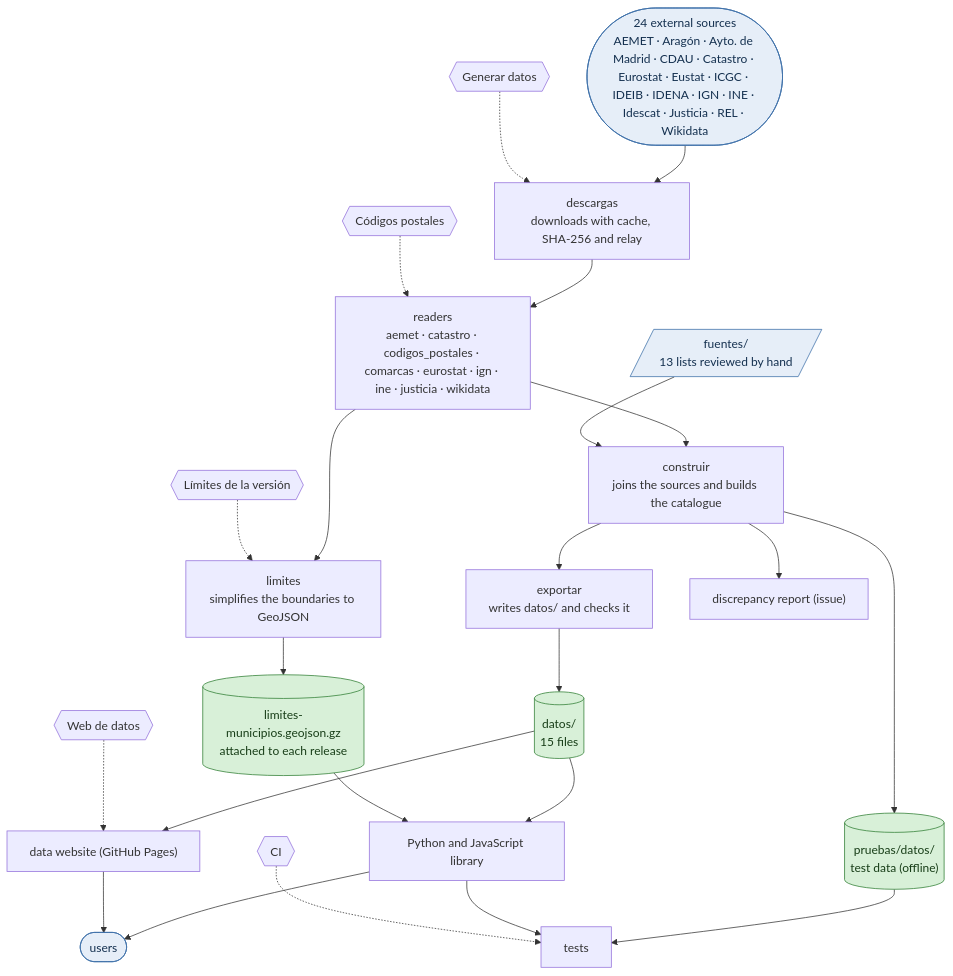
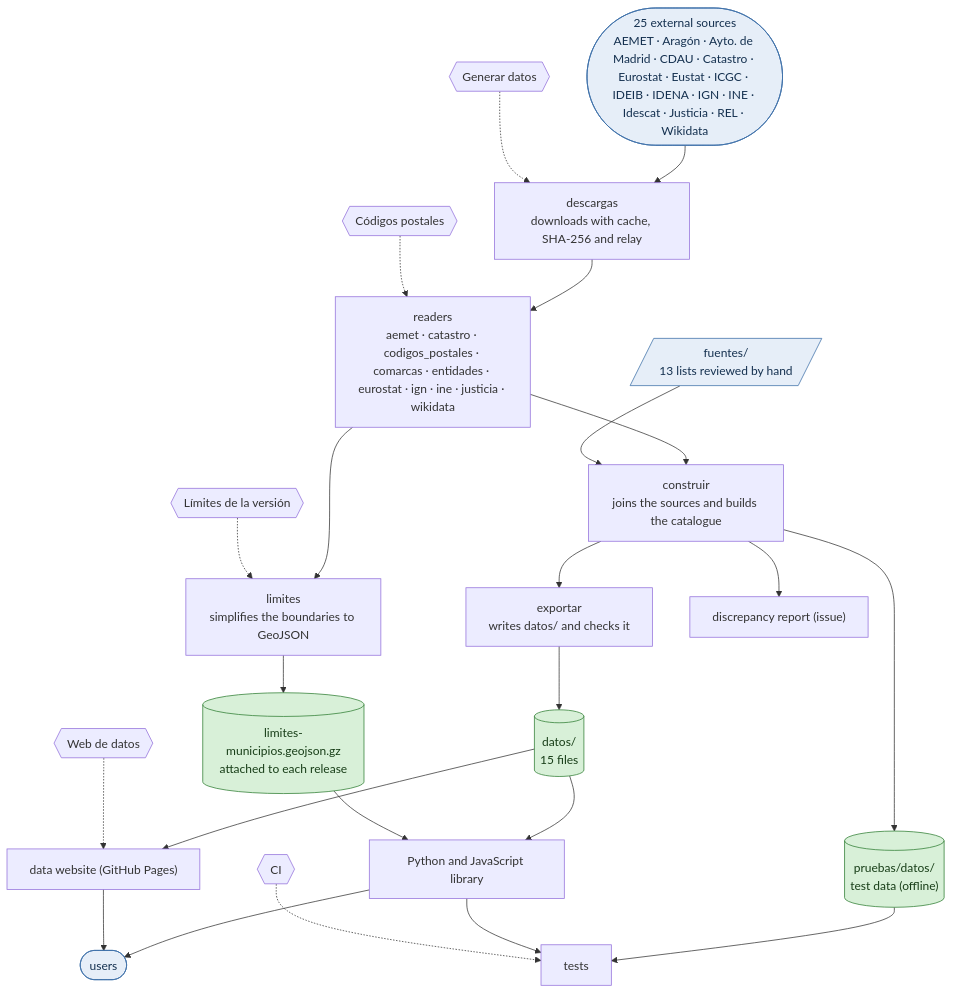
One commit to alertapublica/territorios-es changed the fourth of 6 diagrams in docs/status.md. Above: the diagram before and after it, drawn with Mermaid. The commit also changed other lines of this file and 34 other files, not shown here.

````diff
--- a/docs/status.md
+++ b/docs/status.md
@@ -139,45 +139,45 @@
 ```mermaid
 flowchart TB
   accTitle: Repository
-  ext(["24 external sources<br>AEMET · Aragón · Ayto. de Madrid · CDAU · Catastro · Eurostat · Eustat · ICGC · IDEIB · IDENA · IGN · INE · Idescat · Justicia · REL · Wikidata"])
+  ext(["25 external sources<br>AEMET · Aragón · Ayto. de Madrid · CDAU · Catastro · Eurostat · Eustat · ICGC · IDEIB · IDENA · IGN · INE · Idescat · Justicia · REL · Wikidata"])
   hand[/"fuentes/<br>13 lists reviewed by hand"/]
   descargas["descargas<br>downloads with cache, SHA-256 and relay"]
-  readers["readers<br>aemet · catastro · codigos_postales · comarcas · eurostat · ign · ine · justicia · wikidata"]
+  readers["readers<br>aemet · catastro · codigos_postales · comarcas · entidades · eurostat · ign · ine · justicia · wikidata"]
   construir["construir<br>joins the sources and builds the catalogue"]
   exportar["exportar<br>writes datos/ and checks it"]
   limites["limites<br>simplifies the boundaries to GeoJSON"]
   datos[("datos/<br>15 files")]
   geo[("limites-municipios.geojson.gz<br>attached to each release")]
   report["discrepancy report (issue)"]
   lib["Python and JavaScript library"]
   web["data website (GitHub Pages)"]
   users(["users"])
   fixture[("pruebas/datos/<br>test data (offline)")]
   tests["tests"]
   ext --> descargas --> readers --> construir --> exportar --> datos
   hand --> construir
   readers --> limites --> geo
   construir --> report
   datos --> lib
   geo --> lib
   datos --> web
   lib --> users
   web --> users
   construir --> fixture --> tests
   lib --> tests
   wf_ci_yml{{"CI"}}
   wf_generar_yml{{"Generar datos"}}
   wf_codigos_postales_yml{{"Códigos postales"}}
   wf_limites_yml{{"Límites de la versión"}}
   wf_pages_yml{{"Web de datos"}}
   wf_generar_yml -.-> descargas
   wf_codigos_postales_yml -.-> readers
   wf_limites_yml -.-> limites
   wf_pages_yml -.-> web
   wf_ci_yml -.-> tests
   class datos,geo,fixture done
   class ext,hand,users box
   classDef done fill:#d8f0d8,stroke:#2e7d32,color:#173d17
   classDef todo fill:#fdecc8,stroke:#b26a00,color:#4a2c00,stroke-dasharray:4 3
   classDef box fill:#e6eef8,stroke:#3b6ea8,color:#14304f
 ```
````
